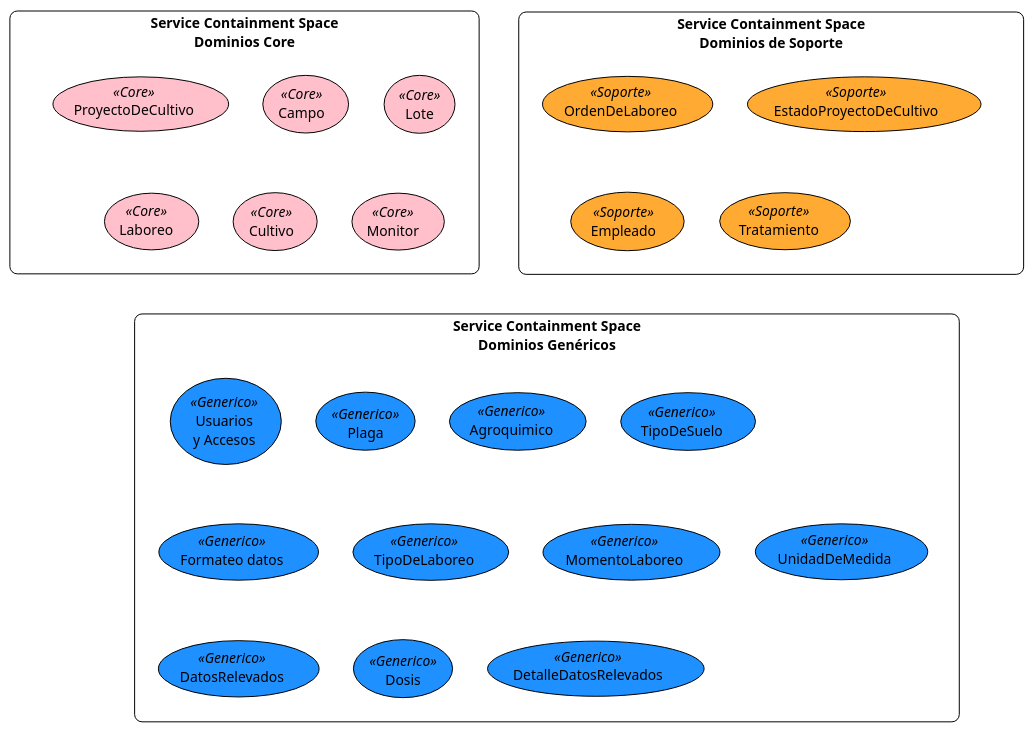
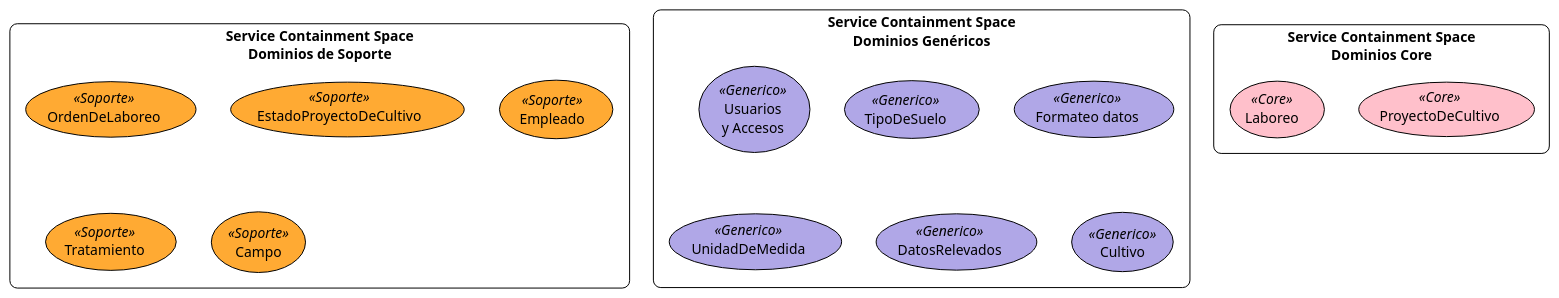
One commit to CeciliaRava1/disenio_2026 changed the diagram in 00_administracion_campos/vistaDiseñoGlobal.plantuml. Above: the diagram before and after it, drawn with PlantUML. The commit also changed 3 other files, not shown here.

```diff
--- a/00_administracion_campos/vistaDiseñoGlobal.plantuml
+++ b/00_administracion_campos/vistaDiseñoGlobal.plantuml
@@ -1,46 +1,35 @@
 @startuml VistaDiseñoGlobal
 !theme plain
 skinparam roundcorner 15
 skinparam usecaseBorderColor black
 
 ' Definición de colores para los dominios
 skinparam usecase {
     BackgroundColor<<Core>> #FFC0CB
     BackgroundColor<<Soporte>> #FFAA33
-    BackgroundColor<<Generico>> #1E90FF
+    BackgroundColor<<Generico>> #b0a7e7
 }
 
 rectangle "Service Containment Space\nDominios Core" as CoreSpace {
     usecase "ProyectoDeCultivo" as C1 <<Core>>
-    usecase "Campo" as C2 <<Core>>
-    usecase "Lote" as C3 <<Core>>
-    usecase "Laboreo" as C4 <<Core>>
-    usecase "Cultivo" as C5 <<Core>>
-    usecase "Monitor" as C6 <<Core>>
+    usecase "Laboreo" as C2 <<Core>>
 }
 
 rectangle "Service Containment Space\nDominios de Soporte" as SupportSpace {
     usecase "OrdenDeLaboreo" as S1 <<Soporte>>
     usecase "EstadoProyectoDeCultivo" as S2 <<Soporte>>
     usecase "Empleado" as S3 <<Soporte>>
     usecase "Tratamiento" as S4 <<Soporte>>
+    usecase "Campo" as S5 <<Soporte>>
 }
 
 rectangle "Service Containment Space\nDominios Genéricos" as GenericSpace {
     usecase "Usuarios\ny Accesos" as G1 <<Generico>>
-    usecase "Plaga" as G2 <<Generico>>
-    usecase "Agroquimico" as G3 <<Generico>>
-    usecase "TipoDeSuelo" as G4 <<Generico>>
-    usecase "Formateo datos" as G5 <<Generico>>
-    usecase "TipoDeLaboreo" as G6 <<Generico>>
-    usecase "MomentoLaboreo" as G7 <<Generico>>
-    usecase "UnidadDeMedida" as G8 <<Generico>>
-    usecase "DatosRelevados" as G9 <<Generico>>
-    usecase "Dosis" as G10 <<Generico>>
-    usecase "DetalleDatosRelevados" as G11 <<Generico>>
+    usecase "TipoDeSuelo" as G2 <<Generico>>
+    usecase "Formateo datos" as G3 <<Generico>>
+    usecase "UnidadDeMedida" as G4 <<Generico>>
+    usecase "DatosRelevados" as G5 <<Generico>>
+    usecase "Cultivo" as G6 <<Generico>>
 }
 
-' Ordenamiento visual para que queden distribuidos de forma similar a la imagen
-CoreSpace -[hidden]right- SupportSpace
-SupportSpace -[hidden]down- GenericSpace
 @enduml
```
